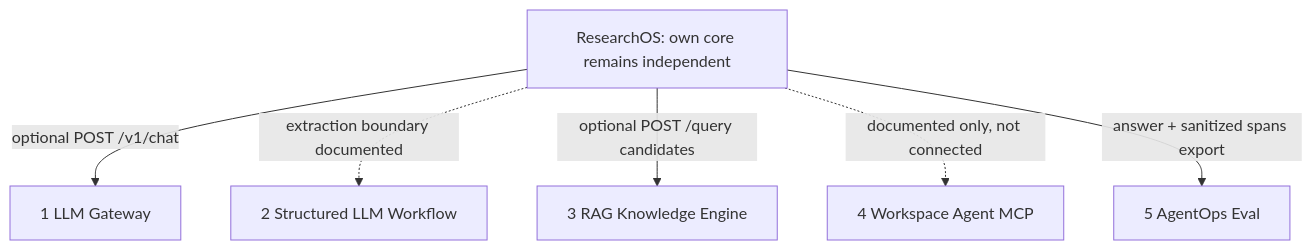
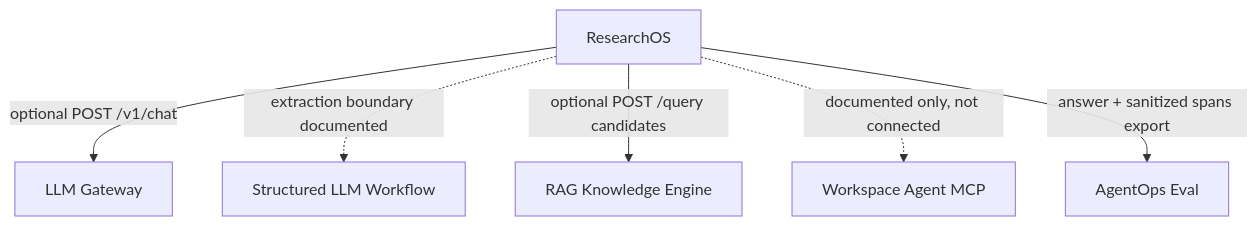
The second of 2 diagrams in docs/ARCHITECTURE.md (FouHe0720/deep-research-agent), drawn with Mermaid before and after one commit. The commit also changed other lines of this file and 44 other files, not shown here.

Commit message:
Add campus source comparisons and refine the research workspace

````diff
--- a/docs/ARCHITECTURE.md
+++ b/docs/ARCHITECTURE.md
@@ -85,9 +85,9 @@
 ```mermaid
 flowchart TD
-    D[ResearchOS: own core remains independent]
-    D -->|optional POST /v1/chat| G[1 LLM Gateway]
-    D -. extraction boundary documented .-> W[2 Structured LLM Workflow]
-    D -->|optional POST /query candidates| R[3 RAG Knowledge Engine]
-    D -. documented only, not connected .-> M[4 Workspace Agent MCP]
-    D -->|answer + sanitized spans export| E[5 AgentOps Eval]
+    D[ResearchOS]
+    D -->|optional POST /v1/chat| G[LLM Gateway]
+    D -. extraction boundary documented .-> W[Structured LLM Workflow]
+    D -->|optional POST /query candidates| R[RAG Knowledge Engine]
+    D -. documented only, not connected .-> M[Workspace Agent MCP]
+    D -->|answer + sanitized spans export| E[AgentOps Eval]
 ```
````
